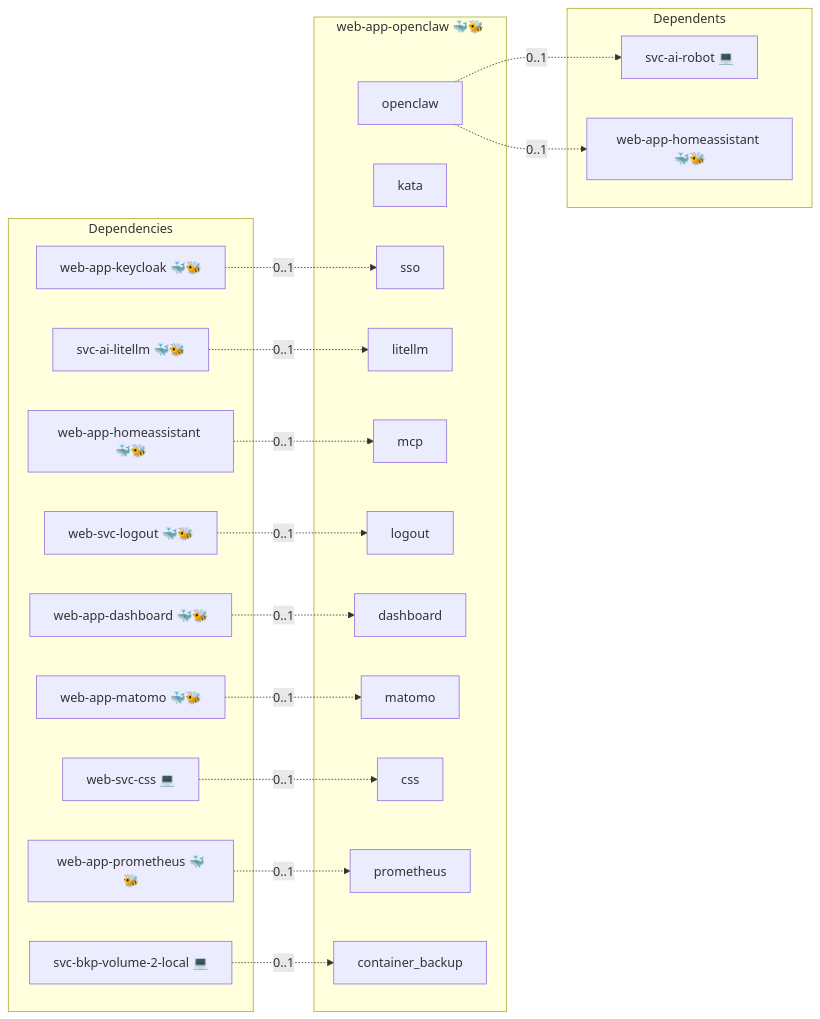
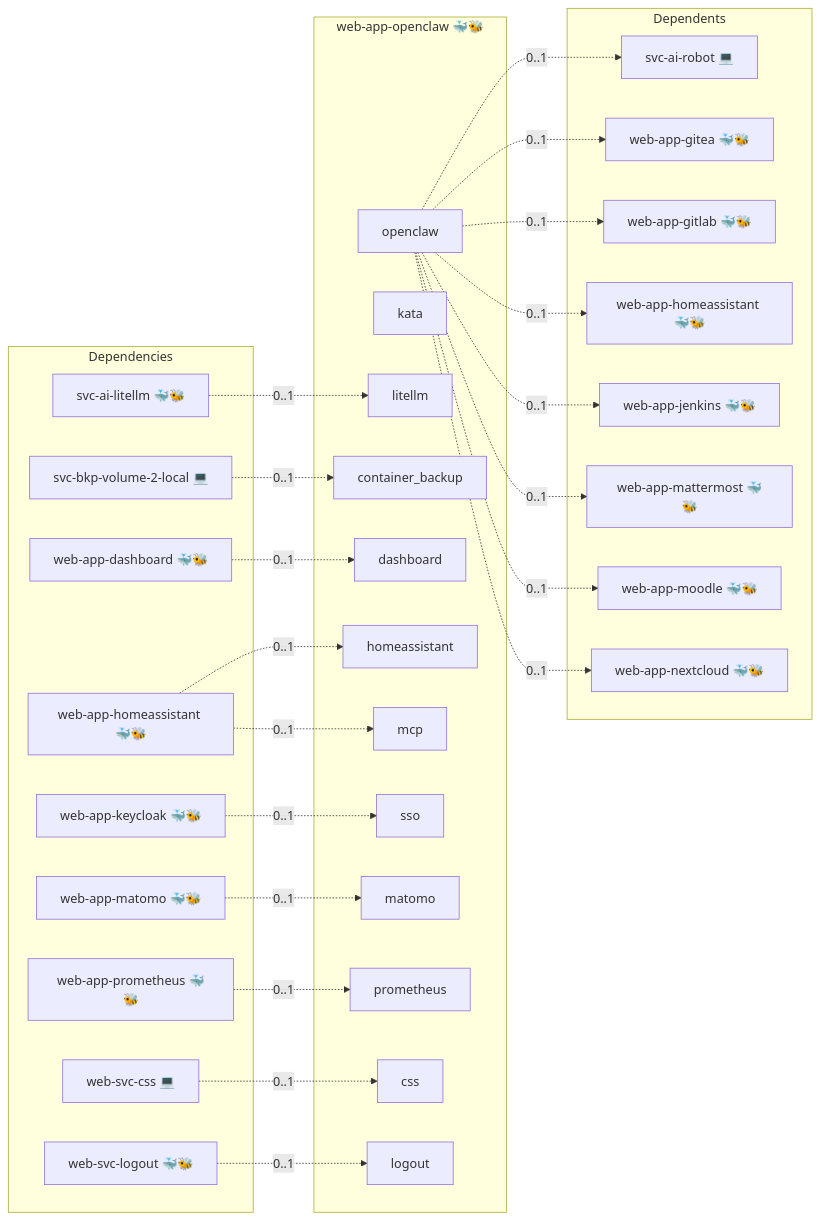
The diagram in roles/web-app-openclaw/README.md (infinito-nexus/core), drawn with Mermaid before and after one commit. The commit also changed other lines of this file and 13 other files, not shown here.

````diff
--- a/roles/web-app-openclaw/README.md
+++ b/roles/web-app-openclaw/README.md
@@ -15,42 +15,56 @@
 ```mermaid
 flowchart LR
     subgraph deps [Dependencies]
         dep_svc_ai_litellm["svc-ai-litellm 🐳🐝"]
         dep_svc_bkp_volume_2_local["svc-bkp-volume-2-local 💻"]
         dep_web_app_dashboard["web-app-dashboard 🐳🐝"]
         dep_web_app_homeassistant["web-app-homeassistant 🐳🐝"]
         dep_web_app_keycloak["web-app-keycloak 🐳🐝"]
         dep_web_app_matomo["web-app-matomo 🐳🐝"]
         dep_web_app_prometheus["web-app-prometheus 🐳🐝"]
         dep_web_svc_css["web-svc-css 💻"]
         dep_web_svc_logout["web-svc-logout 🐳🐝"]
     end
     subgraph role [web-app-openclaw 🐳🐝]
         svc_openclaw["openclaw"]
         svc_kata["kata"]
         svc_sso["sso"]
         svc_litellm["litellm"]
         svc_mcp["mcp"]
         svc_logout["logout"]
         svc_dashboard["dashboard"]
         svc_matomo["matomo"]
         svc_css["css"]
         svc_prometheus["prometheus"]
         svc_container_backup["container_backup"]
+        svc_homeassistant["homeassistant"]
     end
     subgraph dependents [Dependents]
         dpt_svc_ai_robot["svc-ai-robot 💻"]
+        dpt_web_app_gitea["web-app-gitea 🐳🐝"]
+        dpt_web_app_gitlab["web-app-gitlab 🐳🐝"]
         dpt_web_app_homeassistant["web-app-homeassistant 🐳🐝"]
+        dpt_web_app_jenkins["web-app-jenkins 🐳🐝"]
+        dpt_web_app_mattermost["web-app-mattermost 🐳🐝"]
+        dpt_web_app_moodle["web-app-moodle 🐳🐝"]
+        dpt_web_app_nextcloud["web-app-nextcloud 🐳🐝"]
     end
     dep_svc_ai_litellm -. "0..1" .-> svc_litellm
     dep_svc_bkp_volume_2_local -. "0..1" .-> svc_container_backup
     dep_web_app_dashboard -. "0..1" .-> svc_dashboard
+    dep_web_app_homeassistant -. "0..1" .-> svc_homeassistant
     dep_web_app_homeassistant -. "0..1" .-> svc_mcp
     dep_web_app_keycloak -. "0..1" .-> svc_sso
     dep_web_app_matomo -. "0..1" .-> svc_matomo
     dep_web_app_prometheus -. "0..1" .-> svc_prometheus
     dep_web_svc_css -. "0..1" .-> svc_css
     dep_web_svc_logout -. "0..1" .-> svc_logout
     svc_openclaw -. "0..1" .-> dpt_svc_ai_robot
+    svc_openclaw -. "0..1" .-> dpt_web_app_gitea
+    svc_openclaw -. "0..1" .-> dpt_web_app_gitlab
     svc_openclaw -. "0..1" .-> dpt_web_app_homeassistant
+    svc_openclaw -. "0..1" .-> dpt_web_app_jenkins
+    svc_openclaw -. "0..1" .-> dpt_web_app_mattermost
+    svc_openclaw -. "0..1" .-> dpt_web_app_moodle
+    svc_openclaw -. "0..1" .-> dpt_web_app_nextcloud
 ```
````
